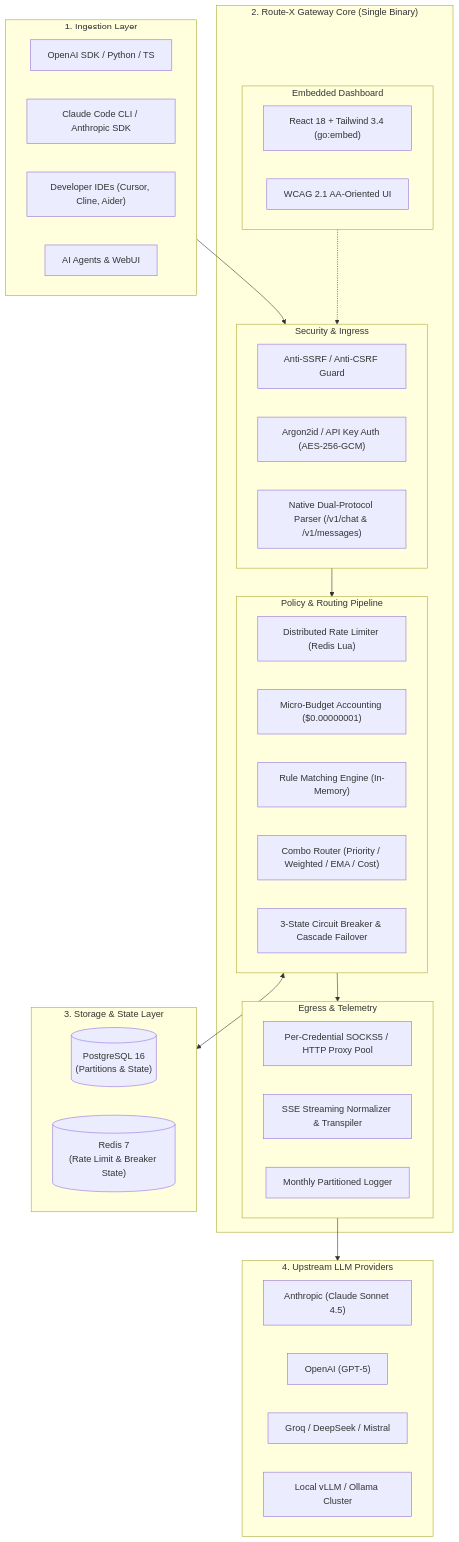
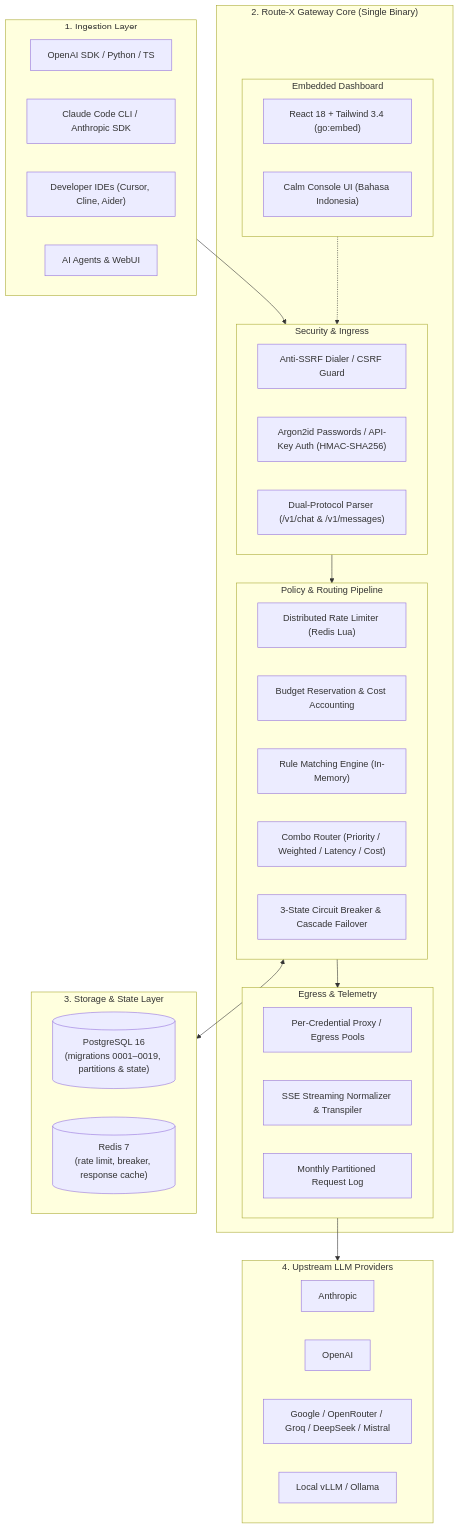
The diagram in README.md (NexGen-X/Route-X), drawn with Mermaid before and after one commit. The commit also changed other lines of this file and 14 other files, not shown here.

````diff
--- a/README.md
+++ b/README.md
@@ -154,55 +233,55 @@
 ```mermaid
 flowchart TD
     subgraph Clients["1. Ingestion Layer"]
         C1["OpenAI SDK / Python / TS"]
         C2["Claude Code CLI / Anthropic SDK"]
         C3["Developer IDEs (Cursor, Cline, Aider)"]
         C4["AI Agents & WebUI"]
     end
 
     subgraph Gateway["2. Route-X Gateway Core (Single Binary)"]
         subgraph Ingress["Security & Ingress"]
-            I1["Anti-SSRF / Anti-CSRF Guard"]
-            I2["Argon2id / API Key Auth (AES-256-GCM)"]
-            I3["Native Dual-Protocol Parser (/v1/chat & /v1/messages)"]
+            I1["Anti-SSRF Dialer / CSRF Guard"]
+            I2["Argon2id Passwords / API-Key Auth (HMAC-SHA256)"]
+            I3["Dual-Protocol Parser (/v1/chat & /v1/messages)"]
         end
 
         subgraph Engine["Policy & Routing Pipeline"]
             R1["Distributed Rate Limiter (Redis Lua)"]
-            R2["Micro-Budget Accounting ($0.00000001)"]
+            R2["Budget Reservation & Cost Accounting"]
             R3["Rule Matching Engine (In-Memory)"]
-            R4["Combo Router (Priority / Weighted / EMA / Cost)"]
+            R4["Combo Router (Priority / Weighted / Latency / Cost)"]
             R5["3-State Circuit Breaker & Cascade Failover"]
         end
 
         subgraph Egress["Egress & Telemetry"]
-            E1["Per-Credential SOCKS5 / HTTP Proxy Pool"]
+            E1["Per-Credential Proxy / Egress Pools"]
             E2["SSE Streaming Normalizer & Transpiler"]
-            E3["Monthly Partitioned Logger"]
+            E3["Monthly Partitioned Request Log"]
         end
-        
+
         subgraph UI["Embedded Dashboard"]
             U1["React 18 + Tailwind 3.4 (go:embed)"]
-            U2["WCAG 2.1 AA-Oriented UI"]
+            U2["Calm Console UI (Bahasa Indonesia)"]
         end
     end
 
     subgraph State["3. Storage & State Layer"]
-        DB[("PostgreSQL 16\n(Partitions & State)")]
-        RD[("Redis 7\n(Rate Limit & Breaker State)")]
+        DB[("PostgreSQL 16\n(migrations 0001–0019, partitions & state)")]
+        RD[("Redis 7\n(rate limit, breaker, response cache)")]
     end
 
     subgraph Upstreams["4. Upstream LLM Providers"]
-        P1["Anthropic (Claude Sonnet 4.5)"]
-        P2["OpenAI (GPT-5)"]
-        P3["Groq / DeepSeek / Mistral"]
-        P4["Local vLLM / Ollama Cluster"]
+        P1["Anthropic"]
+        P2["OpenAI"]
+        P3["Google / OpenRouter / Groq / DeepSeek / Mistral"]
+        P4["Local vLLM / Ollama"]
     end
 
     Clients --> Ingress
     Ingress --> Engine
     Engine <--> State
     Engine --> Egress
     Egress --> Upstreams
     UI -.-> Ingress
 ```
````
